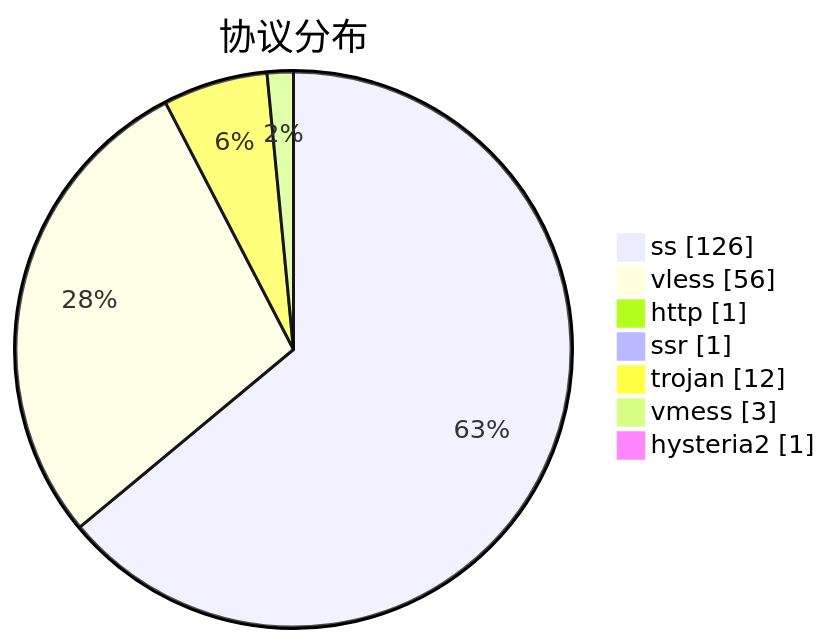
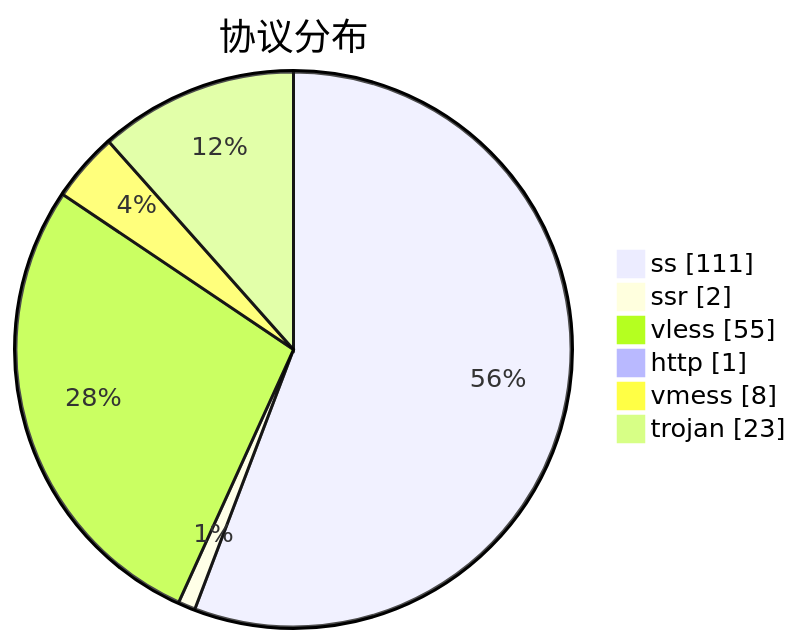
Before and after one commit to qjlxg/airport: the third of 3 diagrams in subs/statistics/tested_within.md, drawn with Mermaid. The commit also changed other lines of this file and 2 other files, not shown here.

````diff
--- a/subs/statistics/tested_within.md
+++ b/subs/statistics/tested_within.md
@@ -23,11 +29,10 @@
 ```mermaid
 pie showData
 title 协议分布
-"ss" : 126
-"vless" : 56
+"ss" : 111
+"ssr" : 2
+"vless" : 55
 "http" : 1
-"ssr" : 1
-"trojan" : 12
-"vmess" : 3
-"hysteria2" : 1
+"vmess" : 8
+"trojan" : 23
 ```
````
